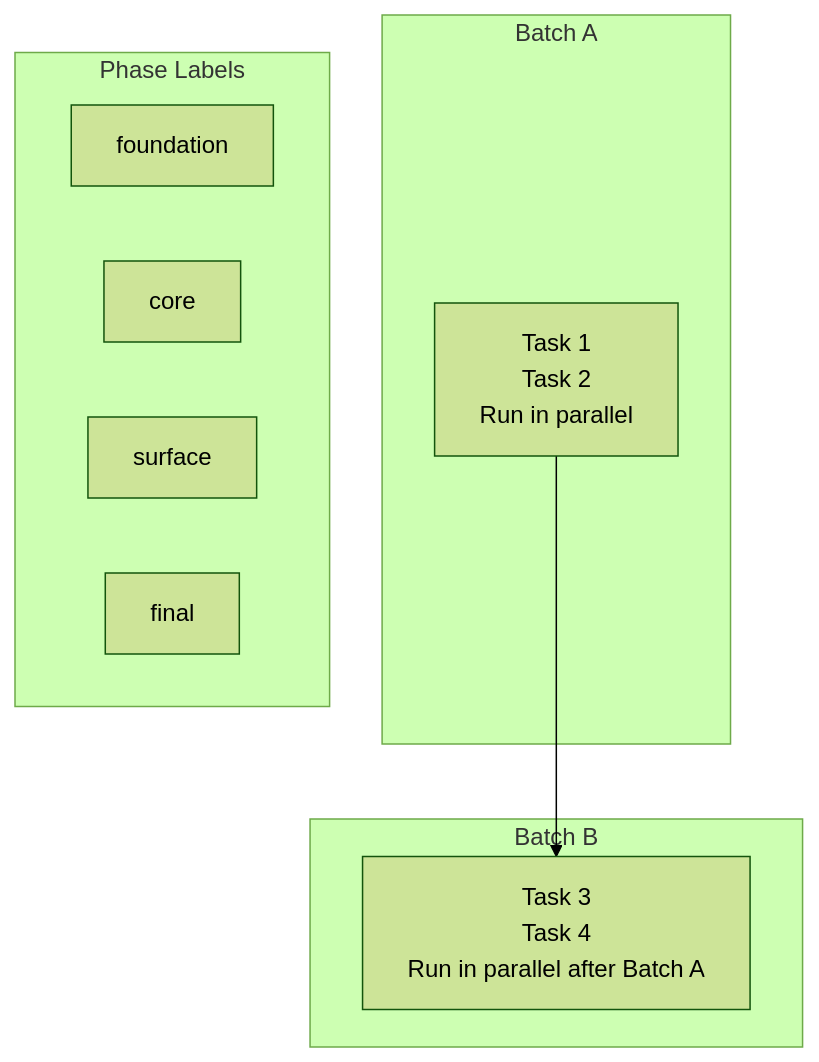
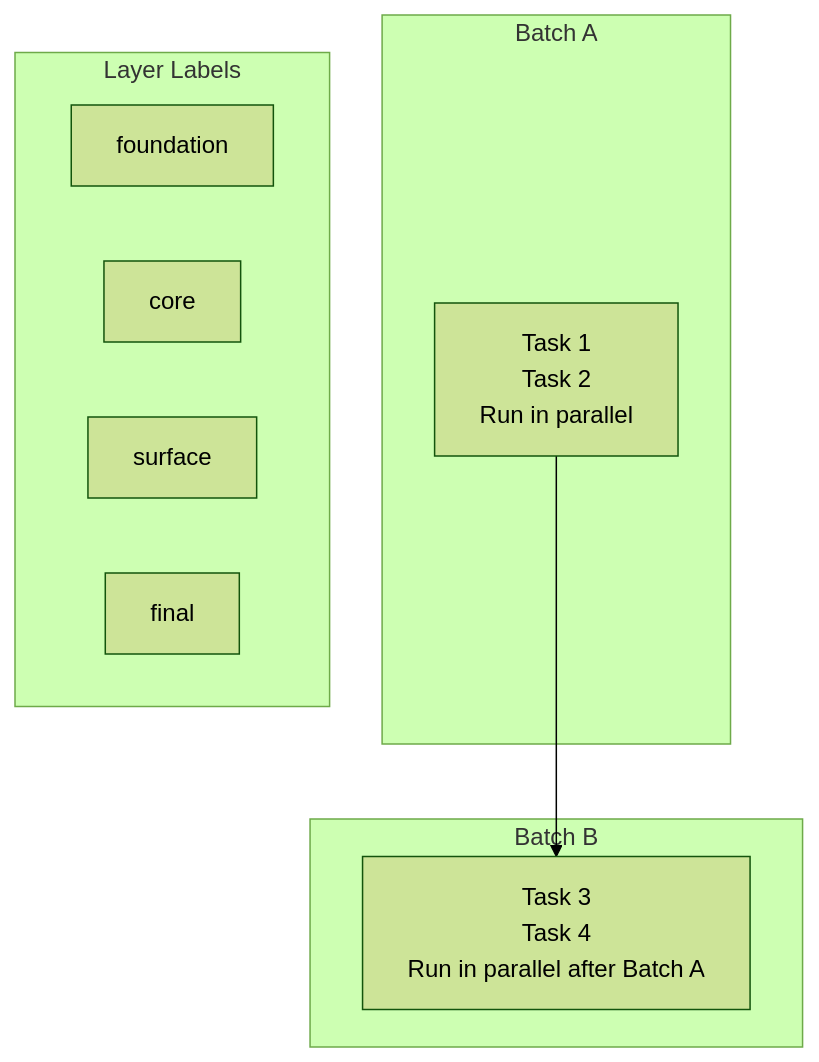
One commit to gugacarbo/agents-skills changed the fifth of 10 diagrams in super-planning/docs/workflows.md. Above: the diagram before and after it, drawn with Mermaid (forest theme). The commit also changed other lines of this file and 41 other files, not shown here.

````diff
--- a/super-planning/docs/workflows.md
+++ b/super-planning/docs/workflows.md
@@ -115,19 +115,19 @@
 ```mermaid
 flowchart TB
     subgraph Batch A
         WA[Task 1<br/>Task 2<br/>Run in parallel]
     end
 
     subgraph Batch B
         WB[Task 3<br/>Task 4<br/>Run in parallel after Batch A]
     end
 
-    subgraph Phase Labels
+    subgraph Layer Labels
         P1[foundation]
         P2[core]
         P3[surface]
         P4[final]
     end
 
     WA --> WB
 ```
````
